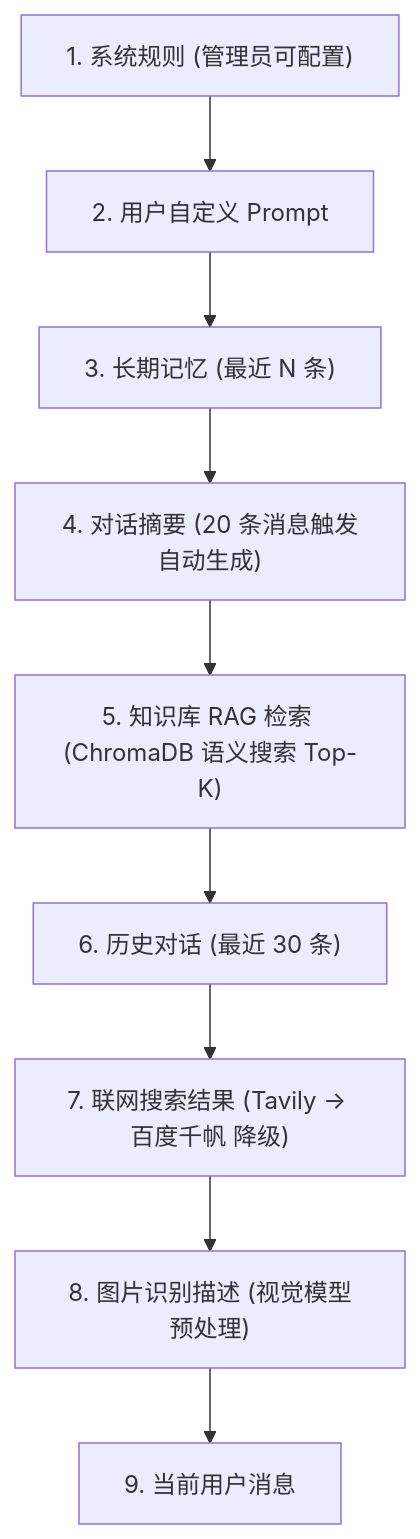
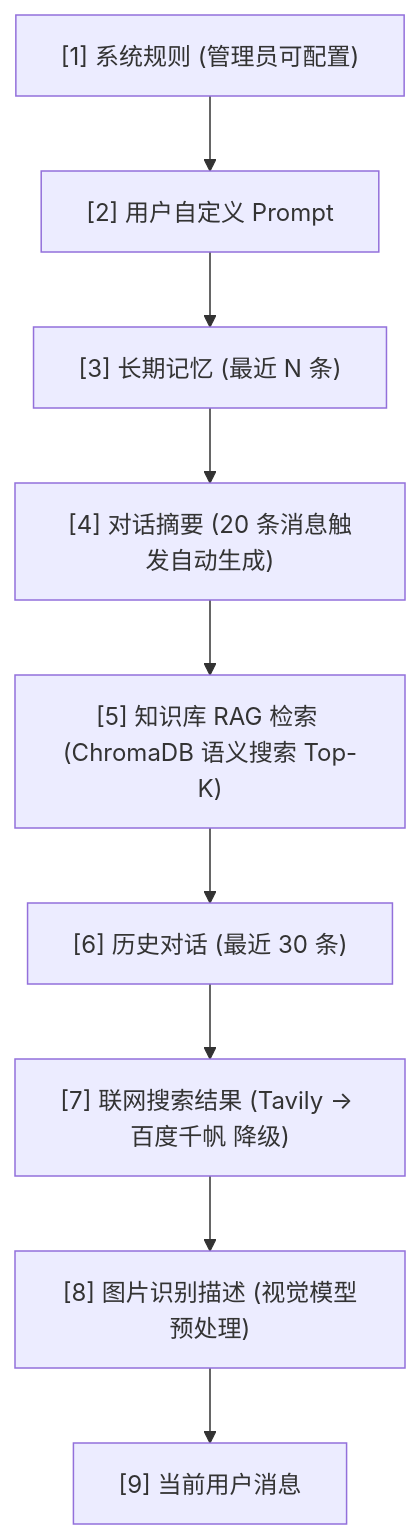
One commit to kleetor/AiChat changed the seventh of 19 diagrams in ProjectReadme.md. Above: the diagram before and after it, drawn with Mermaid. The commit also changed other lines of this file and 12 other files, not shown here.

````diff
--- a/ProjectReadme.md
+++ b/ProjectReadme.md
@@ -306,11 +306,11 @@
 ```mermaid
 flowchart TB
-    A["1. 系统规则 (管理员可配置)"] --> B["2. 用户自定义 Prompt"]
-    B --> C["3. 长期记忆 (最近 N 条)"]
-    C --> D["4. 对话摘要 (20 条消息触发自动生成)"]
-    D --> E["5. 知识库 RAG 检索 (ChromaDB 语义搜索 Top-K)"]
-    E --> F["6. 历史对话 (最近 30 条)"]
-    F --> G["7. 联网搜索结果 (Tavily → 百度千帆 降级)"]
-    G --> H["8. 图片识别描述 (视觉模型预处理)"]
-    H --> I["9. 当前用户消息"]
+    A["[1] 系统规则 (管理员可配置)"] --> B["[2] 用户自定义 Prompt"]
+    B --> C["[3] 长期记忆 (最近 N 条)"]
+    C --> D["[4] 对话摘要 (20 条消息触发自动生成)"]
+    D --> E["[5] 知识库 RAG 检索 (ChromaDB 语义搜索 Top-K)"]
+    E --> F["[6] 历史对话 (最近 30 条)"]
+    F --> G["[7] 联网搜索结果 (Tavily → 百度千帆 降级)"]
+    G --> H["[8] 图片识别描述 (视觉模型预处理)"]
+    H --> I["[9] 当前用户消息"]
 ```
````
